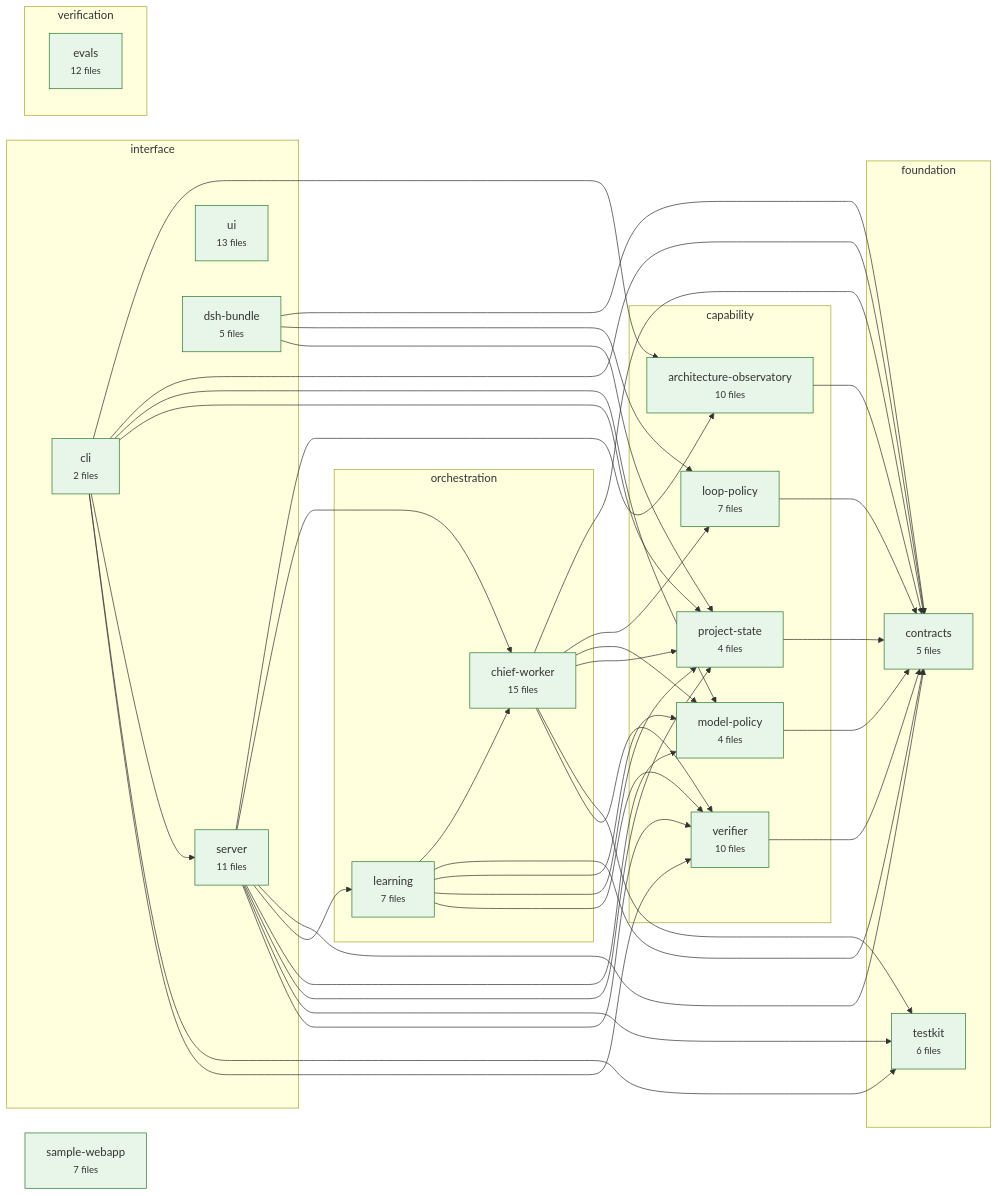
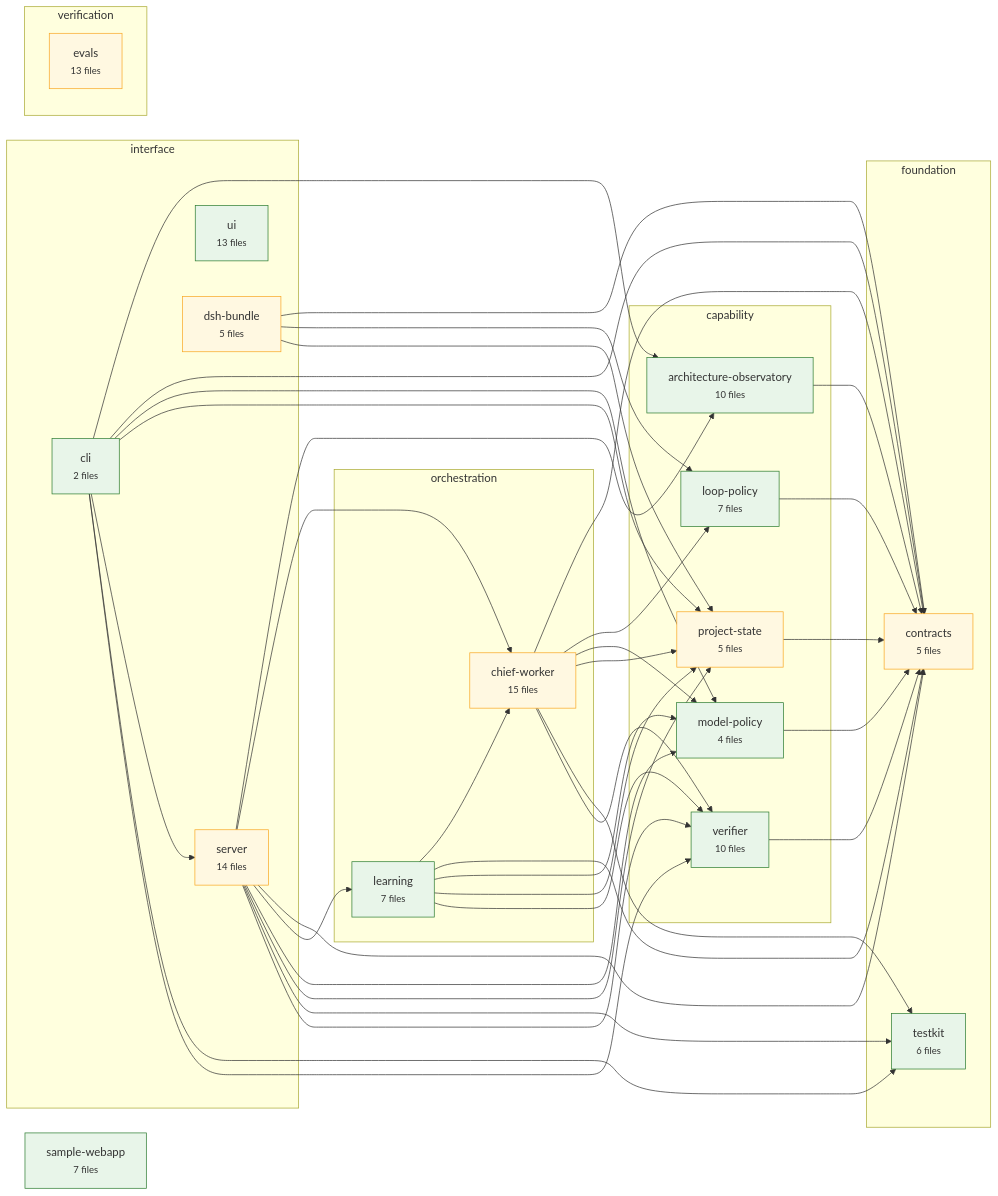
The diagram in .architecture/graph.mmd (CharAzinabulu0079/dgx-super-agent), drawn with Mermaid before and after one commit. The commit also changed 17 other files, not shown here.

First line of the commit message:
Agents can send files to the human; Chief chat and Worker transcripts APIs

```diff
--- a/.architecture/graph.mmd
+++ b/.architecture/graph.mmd
@@ -1,80 +1,80 @@
 flowchart LR
   subgraph layer_foundation["foundation"]
     contracts["contracts<br/><small>5 files</small>"]
     testkit["testkit<br/><small>6 files</small>"]
   end
   subgraph layer_capability["capability"]
-    project_state["project-state<br/><small>4 files</small>"]
+    project_state["project-state<br/><small>5 files</small>"]
     verifier["verifier<br/><small>10 files</small>"]
     loop_policy["loop-policy<br/><small>7 files</small>"]
     model_policy["model-policy<br/><small>4 files</small>"]
     architecture_observatory["architecture-observatory<br/><small>10 files</small>"]
   end
   subgraph layer_orchestration["orchestration"]
     learning["learning<br/><small>7 files</small>"]
     chief_worker["chief-worker<br/><small>15 files</small>"]
   end
   subgraph layer_interface["interface"]
-    server["server<br/><small>11 files</small>"]
+    server["server<br/><small>14 files</small>"]
     cli["cli<br/><small>2 files</small>"]
     ui["ui<br/><small>13 files</small>"]
     dsh_bundle["dsh-bundle<br/><small>5 files</small>"]
   end
   subgraph layer_verification["verification"]
-    evals["evals<br/><small>12 files</small>"]
+    evals["evals<br/><small>13 files</small>"]
   end
   sample_webapp["sample-webapp<br/><small>7 files</small>"]
   architecture_observatory --> contracts
   chief_worker --> contracts
   chief_worker --> loop_policy
   chief_worker --> model_policy
   chief_worker --> project_state
   chief_worker --> testkit
   chief_worker --> verifier
   cli --> architecture_observatory
   cli --> contracts
   cli --> model_policy
   cli --> project_state
   cli --> server
   cli --> testkit
   cli --> verifier
   dsh_bundle --> contracts
   dsh_bundle --> loop_policy
   dsh_bundle --> project_state
   learning --> chief_worker
   learning --> contracts
   learning --> model_policy
   learning --> project_state
   learning --> verifier
   loop_policy --> contracts
   model_policy --> contracts
   project_state --> contracts
   server --> architecture_observatory
   server --> chief_worker
   server --> contracts
   server --> learning
   server --> model_policy
   server --> project_state
   server --> testkit
   server --> verifier
   verifier --> contracts
   classDef stable fill:#e8f5e9,stroke:#2e7d32
   classDef changing fill:#fff8e1,stroke:#f9a825
   classDef worker_active fill:#e3f2fd,stroke:#1565c0
   classDef gate_failed fill:#ffebee,stroke:#c62828
   classDef protected stroke:#6a1b9a,stroke-width:3px
-  class contracts stable
+  class contracts changing
   class testkit stable
-  class project_state stable
+  class project_state changing
   class verifier stable
   class loop_policy stable
   class model_policy stable
   class architecture_observatory stable
   class learning stable
-  class chief_worker stable
-  class server stable
+  class chief_worker changing
+  class server changing
   class cli stable
   class ui stable
-  class dsh_bundle stable
-  class evals stable
+  class dsh_bundle changing
+  class evals changing
   class sample_webapp stable
```
